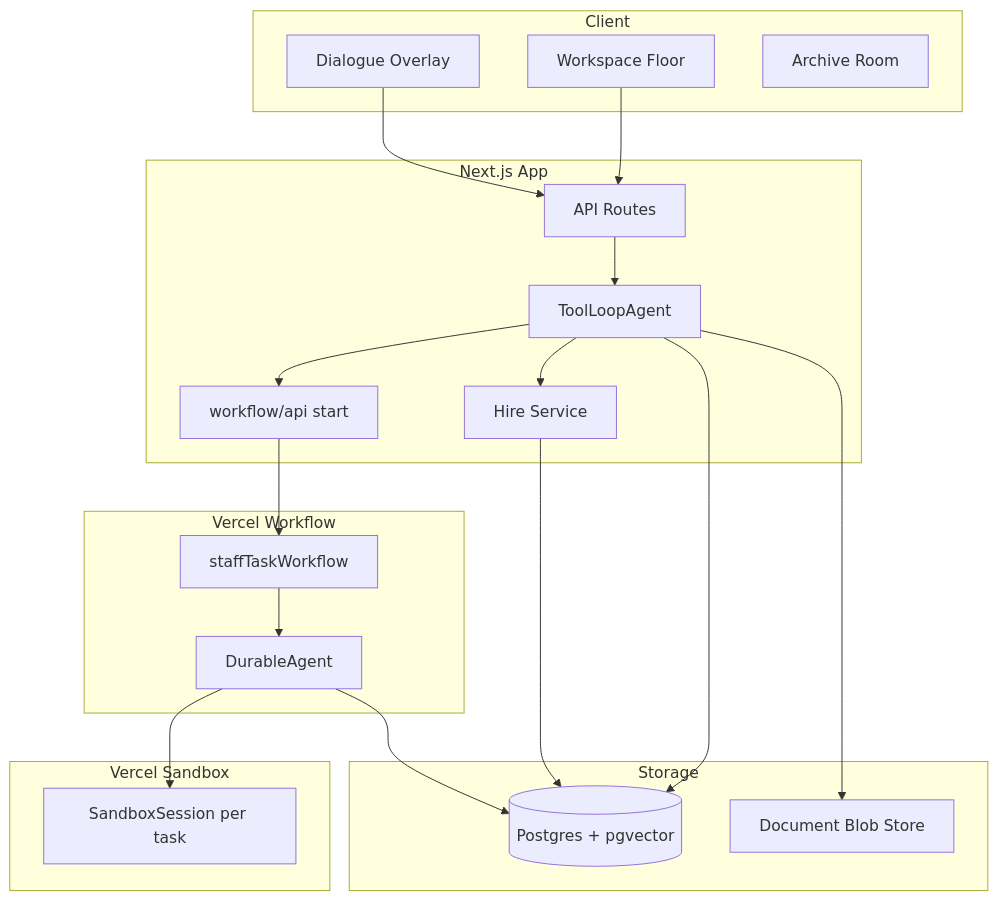
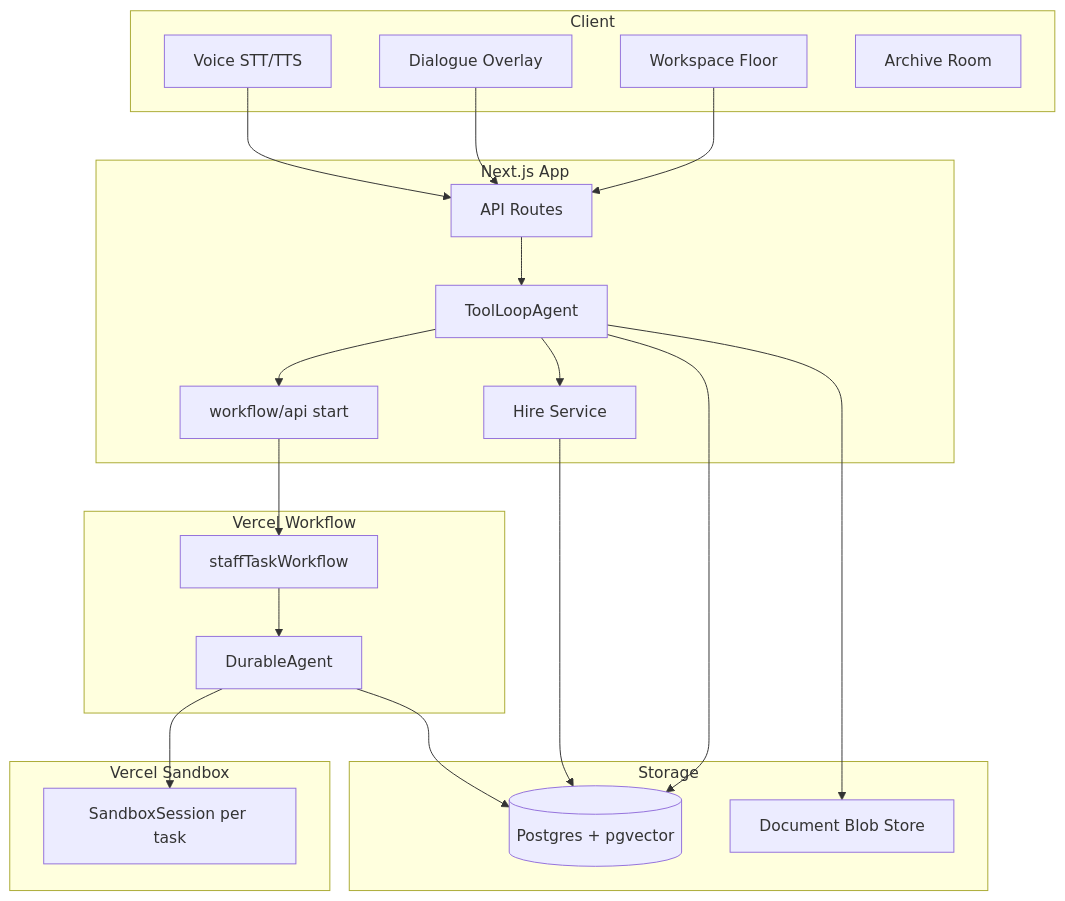
One commit to tihado/nex-staff changed the first of 2 diagrams in docs/ARCHITECTURE.md. Above: the diagram before and after it, drawn with Mermaid. The commit also changed other lines of this file and 6 other files, not shown here.

````diff
--- a/docs/ARCHITECTURE.md
+++ b/docs/ARCHITECTURE.md
@@ -29,42 +30,44 @@
 ```mermaid
 flowchart TB
     subgraph client [Client]
         Workspace[Workspace Floor]
         DialogueOverlay[Dialogue Overlay]
+        VoiceLayer[Voice STT/TTS]
         ArchiveRoom[Archive Room]
     end
 
     subgraph nextjs [Next.js App]
         API[API Routes]
         AssistantAgent[ToolLoopAgent]
         HireService[Hire Service]
         WorkflowAPI[workflow/api start]
     end
 
     subgraph storage [Storage]
         PG[(Postgres + pgvector)]
         Blob[Document Blob Store]
     end
 
     subgraph workflowLayer [Vercel Workflow]
         StaffWorkflow[staffTaskWorkflow]
         DurableAgent[DurableAgent]
     end
 
     subgraph sandboxLayer [Vercel Sandbox]
         SandboxSession[SandboxSession per task]
     end
 
     Workspace --> API
     DialogueOverlay --> API
+    VoiceLayer --> API
     API --> AssistantAgent
     AssistantAgent --> PG
     AssistantAgent --> HireService
     AssistantAgent --> WorkflowAPI
     HireService --> PG
     WorkflowAPI --> StaffWorkflow
     StaffWorkflow --> DurableAgent
     DurableAgent --> SandboxSession
     DurableAgent --> PG
     AssistantAgent --> Blob
 ```
````
